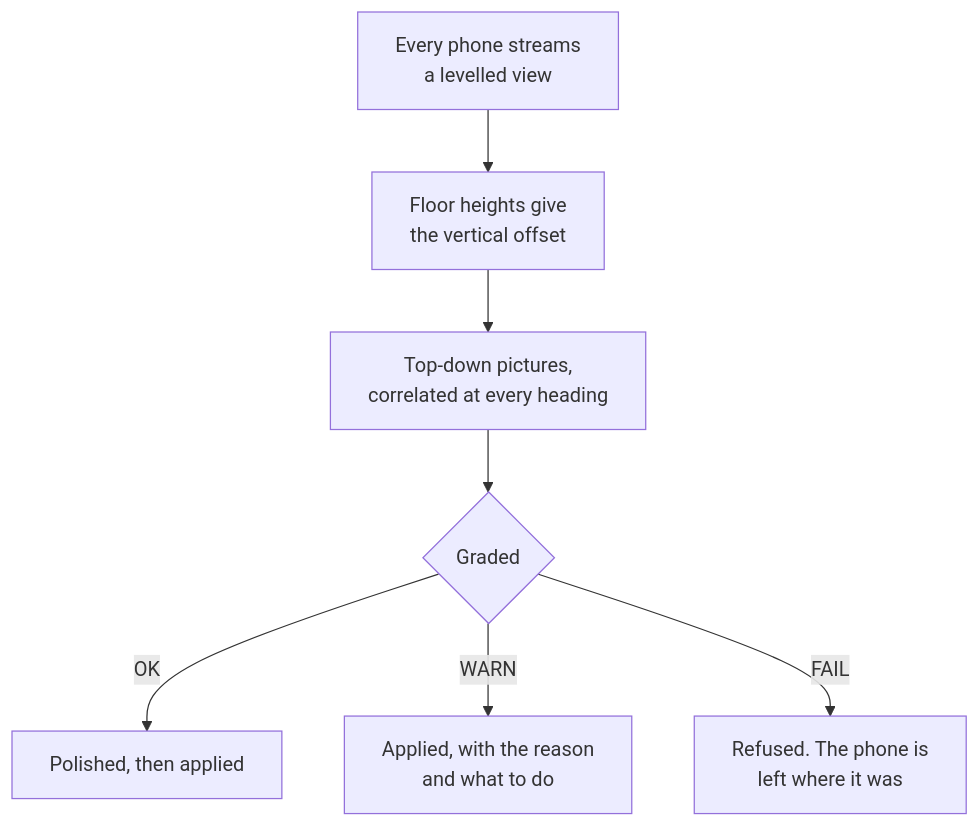
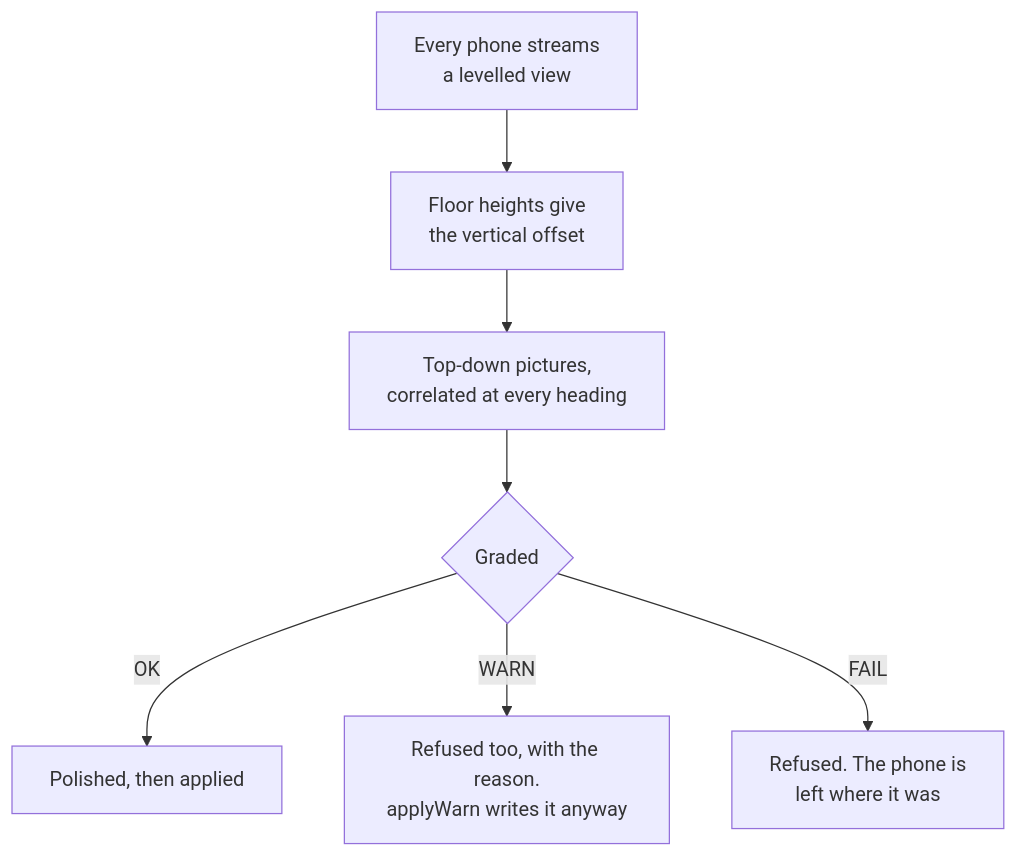
The fourth of 4 diagrams in operations/get-in.md (AristidesAI/TDStage-Docs), drawn with Mermaid before and after one commit. The commit also changed other lines of this file and 1 other file, not shown here.

First line of the commit message:
Audit: a WARN align is refused, and the TestFlight paragraph was wrong twice

````diff
--- a/operations/get-in.md
+++ b/operations/get-in.md
@@ -318,9 +318,9 @@
 ```mermaid
 flowchart TD
   A["Every phone streams<br/>a levelled view"] --> B["Floor heights give<br/>the vertical offset"]
   B --> C["Top-down pictures,<br/>correlated at every heading"]
   C --> D{"Graded"}
   D -- "OK" --> E["Polished, then applied"]
-  D -- "WARN" --> F["Applied, with the reason<br/>and what to do"]
+  D -- "WARN" --> F["Refused too, with the reason.<br/>applyWarn writes it anyway"]
   D -- "FAIL" --> G["Refused. The phone is<br/>left where it was"]
 ```
````
